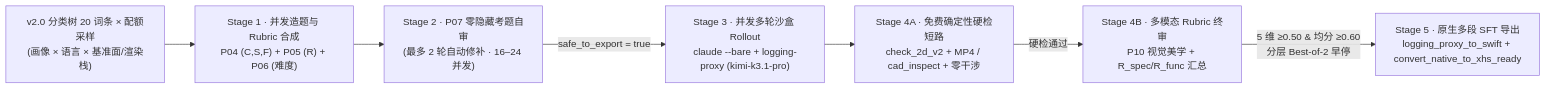
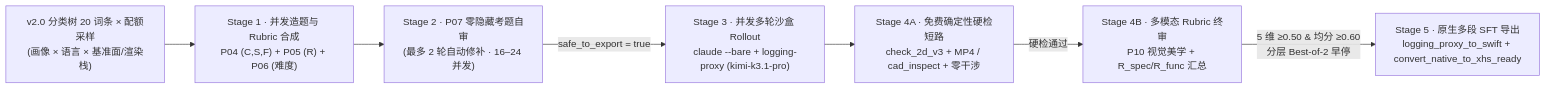
One commit to ZhuojuLi/3d-animation-research-notes changed the diagram in 3d-animation-agent/docs/XHS-TASK-AND-RUBRIC-SPEC.md. Above: the diagram before and after it, drawn with Mermaid. The commit also changed other lines of this file and 40 other files, not shown here.

````diff
--- a/3d-animation-agent/docs/XHS-TASK-AND-RUBRIC-SPEC.md
+++ b/3d-animation-agent/docs/XHS-TASK-AND-RUBRIC-SPEC.md
@@ -82,9 +84,9 @@
 ```mermaid
 flowchart LR
   T["v2.0 分类树 20 词条 × 配额采样<br/>(画像 × 语言 × 基准面/渲染栈)"] --> S1["Stage 1 · 并发造题与 Rubric 合成<br/>P04 (C,S,F) + P05 (R) + P06 (难度)"]
   S1 --> S2["Stage 2 · P07 零隐藏考题自审<br/>(最多 2 轮自动修补 · 16–24 并发)"]
   S2 -->|"safe_to_export = true"| S3["Stage 3 · 并发多轮沙盒 Rollout<br/>claude --bare + logging-proxy (kimi-k3.1-pro)"]
-  S3 --> G1["Stage 4A · 免费确定性硬检短路<br/>check_2d_v2 + MP4 / cad_inspect + 零干涉"]
+  S3 --> G1["Stage 4A · 免费确定性硬检短路<br/>check_2d_v3 + MP4 / cad_inspect + 零干涉"]
   G1 -->|"硬检通过"| G2["Stage 4B · 多模态 Rubric 终审<br/>P10 视觉美学 + R_spec/R_func 汇总"]
   G2 -->|"5 维 ≥0.50 & 均分 ≥0.60<br/>分层 Best-of-2 早停"| E["Stage 5 · 原生多段 SFT 导出<br/>logging_proxy_to_swift + convert_native_to_xhs_ready"]
 ```
````
